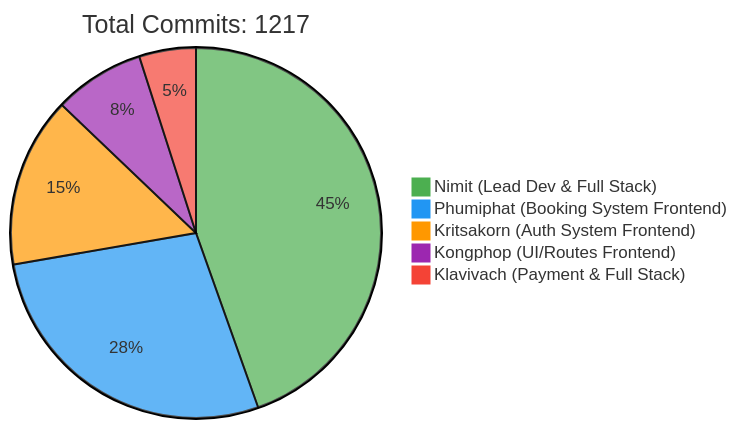
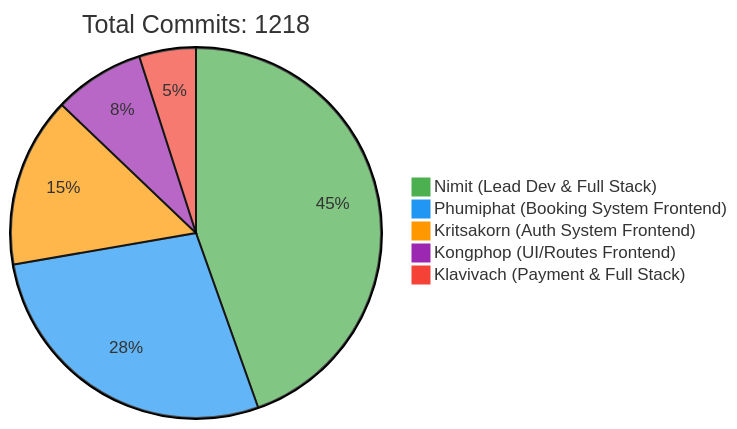
One commit to 6531503042/Sport-Complex changed the first of 2 diagrams in README.md. Above: the diagram before and after it, drawn with Mermaid. The commit also changed other lines of this file, not shown here.

Commit message:
docs: Update contributor statistics [skip ci]

````diff
--- a/README.md
+++ b/README.md
@@ -257,10 +257,10 @@
 ```mermaid
 %%{init: {'theme': 'base', 'themeVariables': { 'pie1': '#4CAF50', 'pie2': '#2196F3', 'pie3': '#FF9800', 'pie4': '#9C27B0', 'pie5': '#F44336'}}}%%
 pie
-    title Total Commits: 1217
+    title Total Commits: 1218
     "Nimit (Lead Dev & Full Stack)" : 450
     "Phumiphat (Booking System Frontend)" : 280
     "Kritsakorn (Auth System Frontend)" : 150
     "Kongphop (UI/Routes Frontend)" : 80
     "Klavivach (Payment & Full Stack)" : 50
 ```
````
